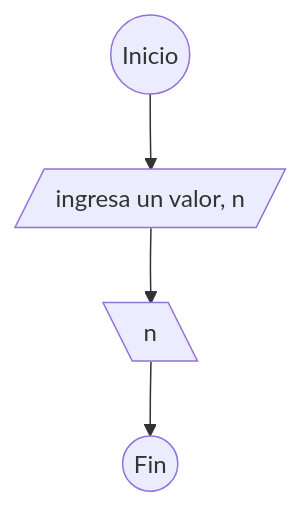
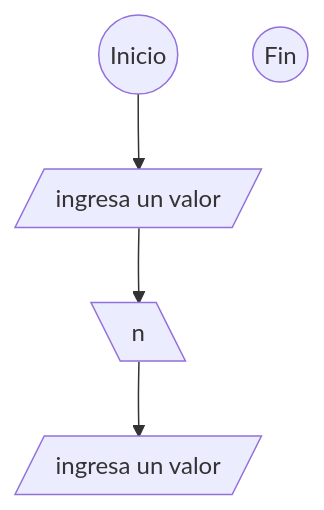
The diagram in dfd2.md (Luiscortez0/dfd_exercises), drawn with Mermaid before and after one commit. The commit also changed other lines of this file, not shown here.

Commit message:
dfd2.md updated from https://stackedit.io/

````diff
--- a/dfd2.md
+++ b/dfd2.md
@@ -1,10 +1,11 @@
 ``` mermaid 
 flowchart TB
 A((Inicio))
-B[/ingresa un valor, n/]
+B[/ingresa un valor/]
 C[\n\]
-D((Fin))
+D[/ingresa un valor/]
+E((Fin))
 A --> B
 B --> C
 C --> D
 ```
````
